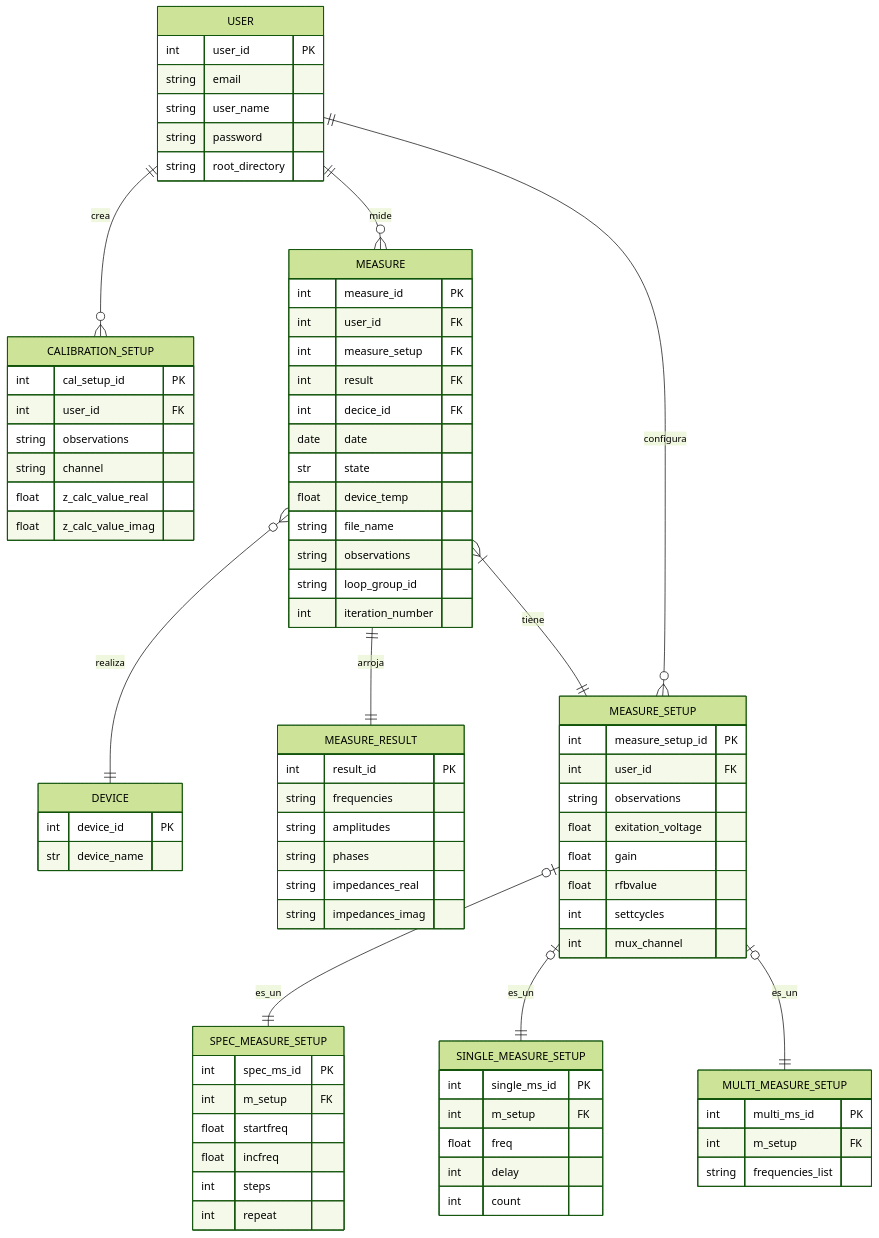
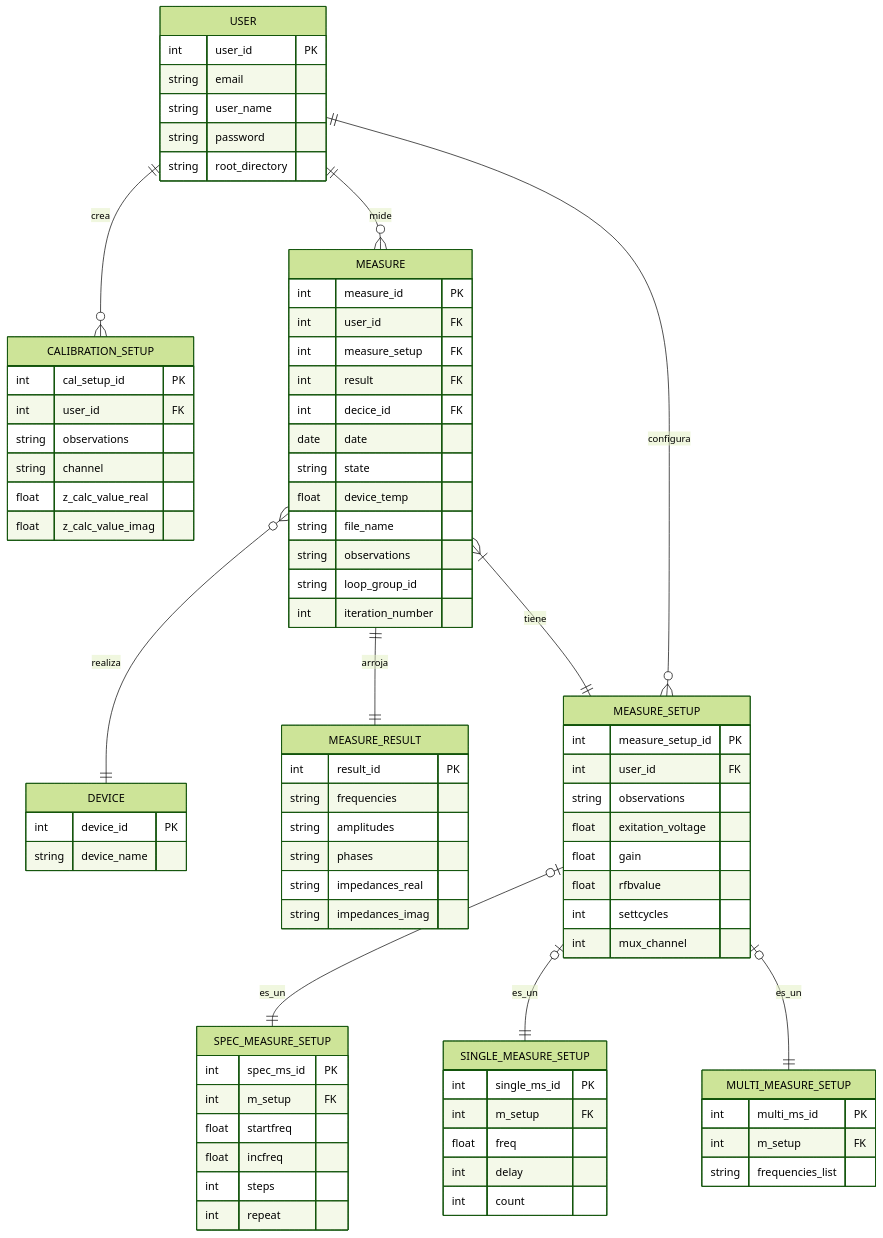
One commit to alegrelias/Repo-GMini changed the fourth of 4 diagrams in Gmini-MarkDown/Diagramas/Diseño de base de datos.md. Above: the diagram before and after it, drawn with Mermaid (forest theme).

Commit message:
Se modifica DER

```diff
--- a/Gmini-MarkDown/Diagramas/Diseño de base de datos.md
+++ b/Gmini-MarkDown/Diagramas/Diseño de base de datos.md
@@ -55,7 +55,7 @@
 	int result FK
 	int decice_id FK
 	date date
-	str state
+	string state
 	float device_temp
 	string file_name
 	string observations
@@ -65,7 +65,7 @@
 
 DEVICE{
 	int device_id PK
-	str device_name
+	string device_name
 }
 
 MEASURE_RESULT{
```
